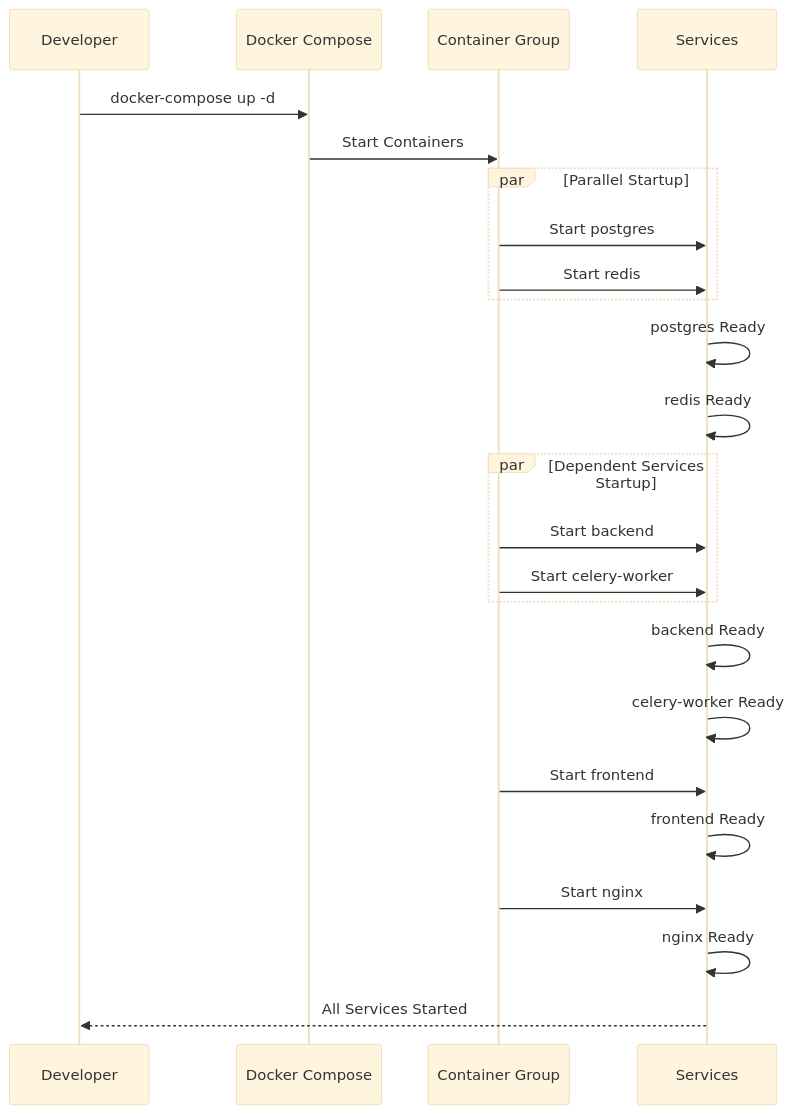
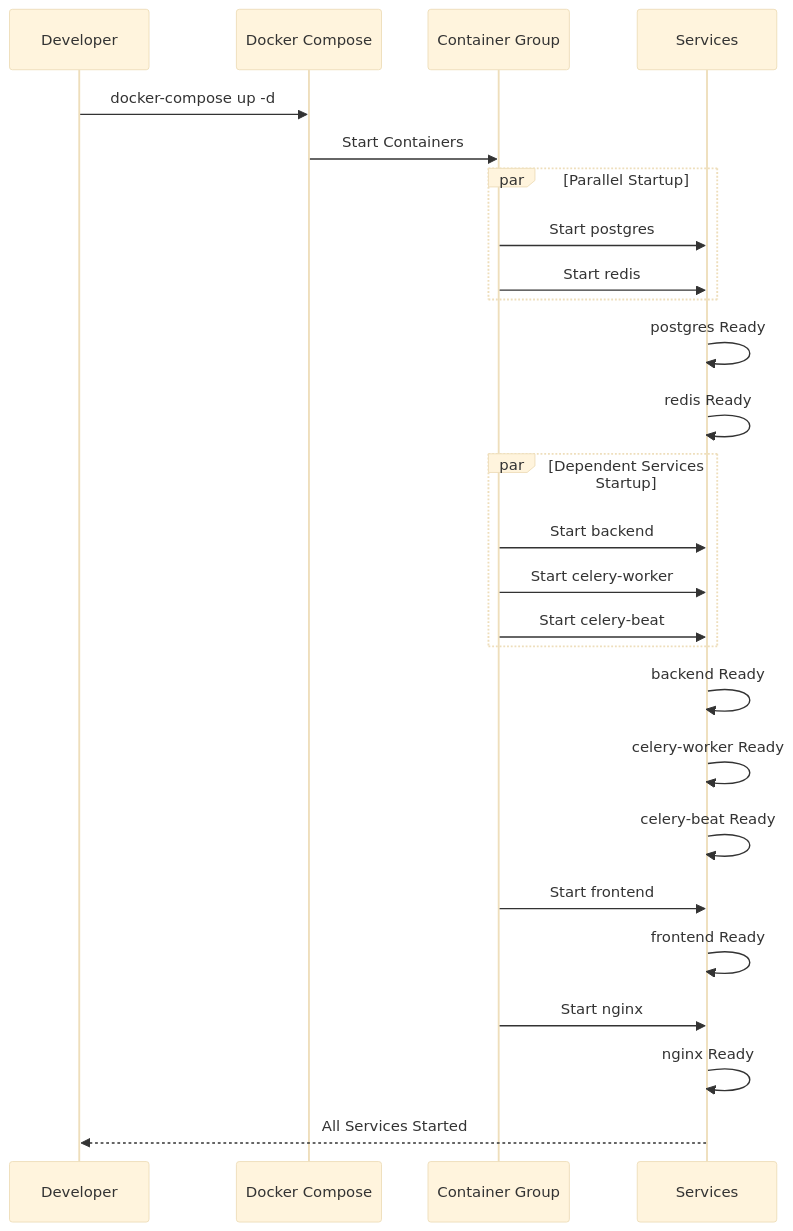
The fifth of 7 diagrams in docs/design/deployment-diagram.md (yukiharada1228/videoq), drawn with Mermaid (base theme) before and after one commit. The commit also changed other lines of this file, not shown here.

First line of the commit message:
docs: deployment-diagramにcelery-beatサービスを追加

````diff
--- a/docs/design/deployment-diagram.md
+++ b/docs/design/deployment-diagram.md
@@ -164,34 +177,36 @@
 ```mermaid
 sequenceDiagram
     participant Dev as Developer
     participant Docker as Docker Compose
     participant Containers as Container Group
     participant Services as Services
 
     Dev->>Docker: docker-compose up -d
     Docker->>Containers: Start Containers
     
     par Parallel Startup
         Containers->>Services: Start postgres
         Containers->>Services: Start redis
     end
     
     Services->>Services: postgres Ready
     Services->>Services: redis Ready
     
     par Dependent Services Startup
         Containers->>Services: Start backend
         Containers->>Services: Start celery-worker
+        Containers->>Services: Start celery-beat
     end
     
     Services->>Services: backend Ready
     Services->>Services: celery-worker Ready
+    Services->>Services: celery-beat Ready
     
     Containers->>Services: Start frontend
     Services->>Services: frontend Ready
     
     Containers->>Services: Start nginx
     Services->>Services: nginx Ready
     
     Services-->>Dev: All Services Started
 ```
````
